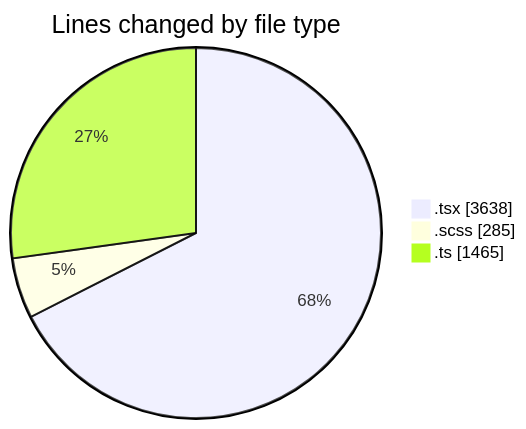
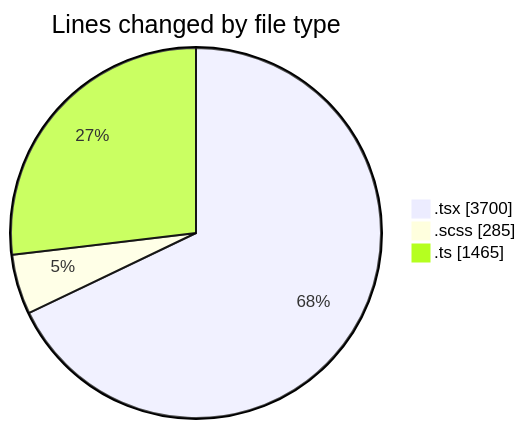
One commit to momahboobian/code-tracking changed the first of 2 diagrams in 2026-02-25/cda/README.md. Above: the diagram before and after it, drawn with Mermaid. The commit also changed other lines of this file and 1 other file, not shown here.

````diff
--- a/2026-02-25/cda/README.md
+++ b/2026-02-25/cda/README.md
@@ -26,7 +26,7 @@
 ```mermaid
 pie showData
 title Lines changed by file type
-".tsx" : 3638
+".tsx" : 3700
 ".scss" : 285
 ".ts" : 1465
 ```
````
